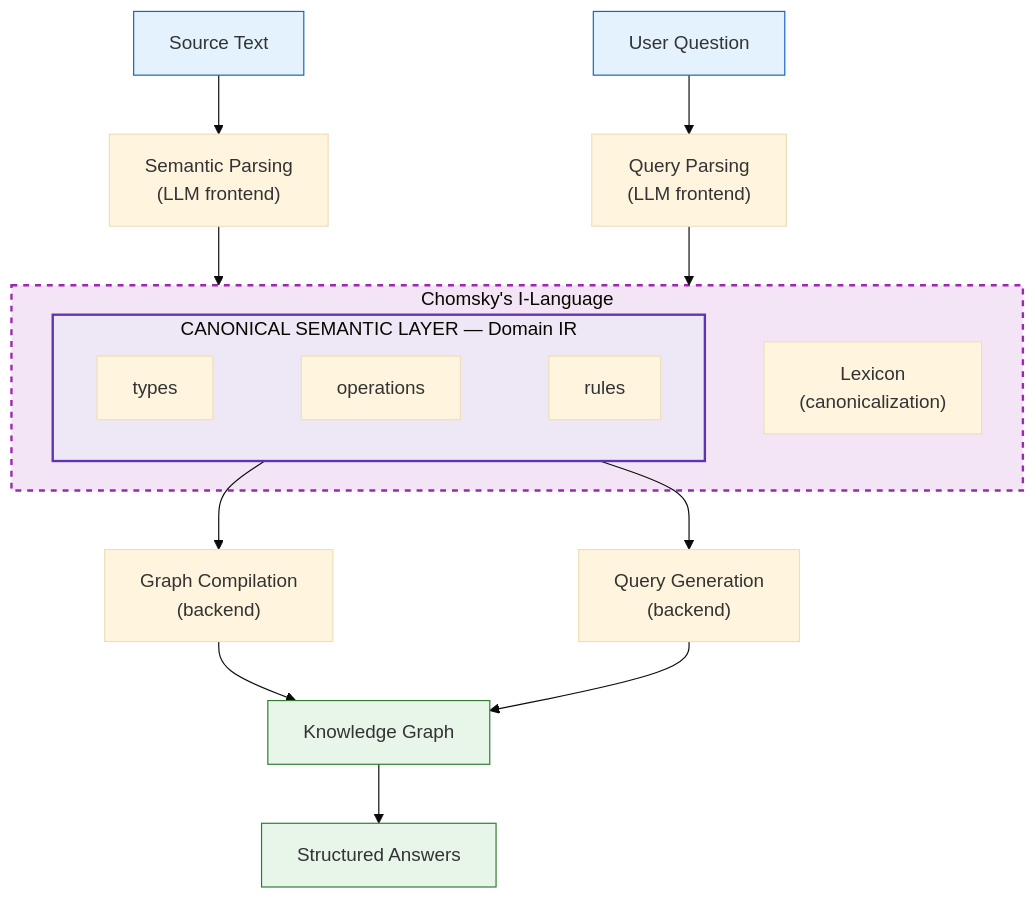
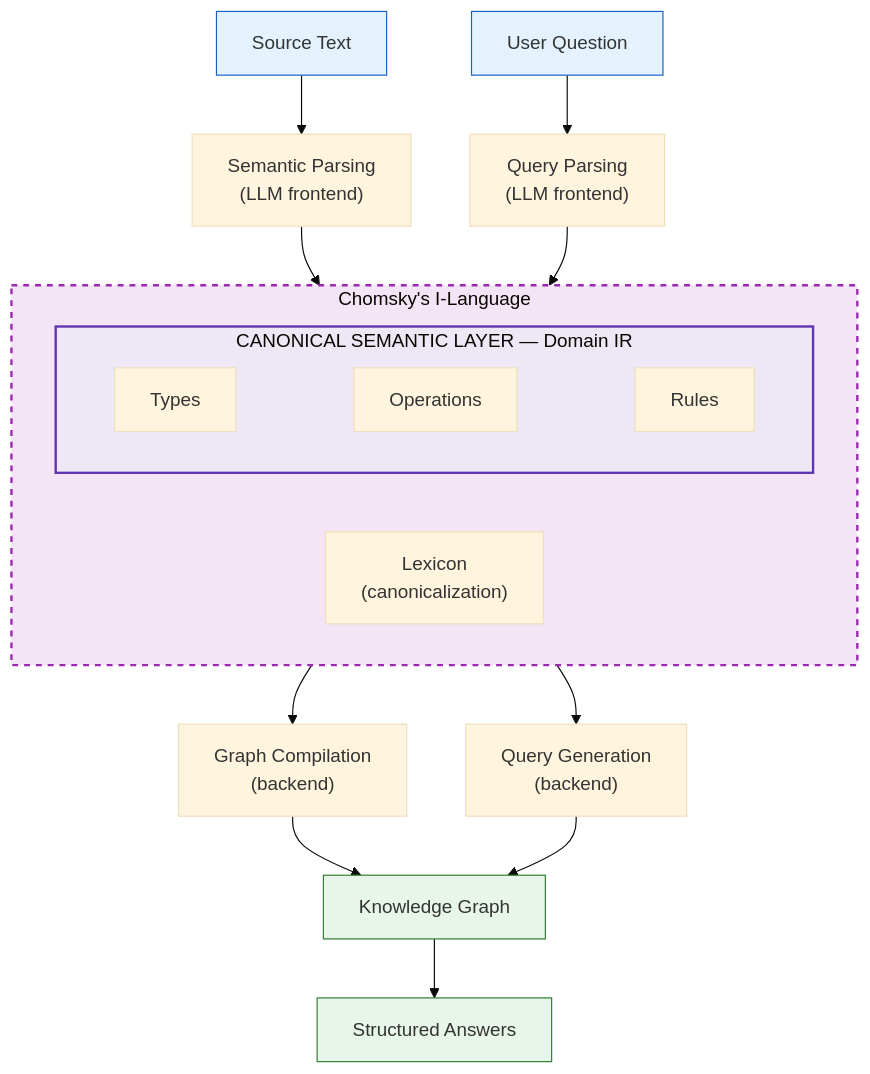
The second of 2 diagrams in docs/domain-grammar-compiler.md (borisdev/borisdev.github.io), drawn with Mermaid (base theme) before and after one commit. The commit also changed other lines of this file, not shown here.

First line of the commit message:
Fix diagrams and Section 2: separate operations/rules, arrows from I-Language

````diff
--- a/docs/domain-grammar-compiler.md
+++ b/docs/domain-grammar-compiler.md
@@ -148,30 +149,30 @@
 ```mermaid
 flowchart TD
     ST["Source Text"] --> SP["Semantic Parsing<br>(LLM frontend)"]
     UQ["User Question"] --> QP["Query Parsing<br>(LLM frontend)"]
 
     SP --> IL
     QP --> IL
 
     subgraph IL["Chomsky's I-Language"]
         LEX["Lexicon<br>(canonicalization)"]
         subgraph CIR["CANONICAL SEMANTIC LAYER — Domain IR"]
             direction LR
-            types["types"] ~~~ ops["operations"] ~~~ rules["rules"]
+            types["Types"] ~~~ ops["Operations"] ~~~ rules["Rules"]
         end
     end
 
-    CIR --> GC["Graph Compilation<br>(backend)"]
-    CIR --> QG["Query Generation<br>(backend)"]
+    IL --> GC["Graph Compilation<br>(backend)"]
+    IL --> QG["Query Generation<br>(backend)"]
 
     GC --> KG["Knowledge Graph"]
     QG --> KG
     KG --> SA["Structured Answers"]
 
     style IL fill:#f3e5f5,stroke:#9c27b0,stroke-width:2px,stroke-dasharray: 5 5
     style CIR fill:#ede7f6,stroke:#5e35b1,stroke-width:2px
     style ST fill:#e3f2fd,stroke:#1565c0
     style UQ fill:#e3f2fd,stroke:#1565c0
     style KG fill:#e8f5e9,stroke:#2e7d32
     style SA fill:#e8f5e9,stroke:#2e7d32
 ```
````
